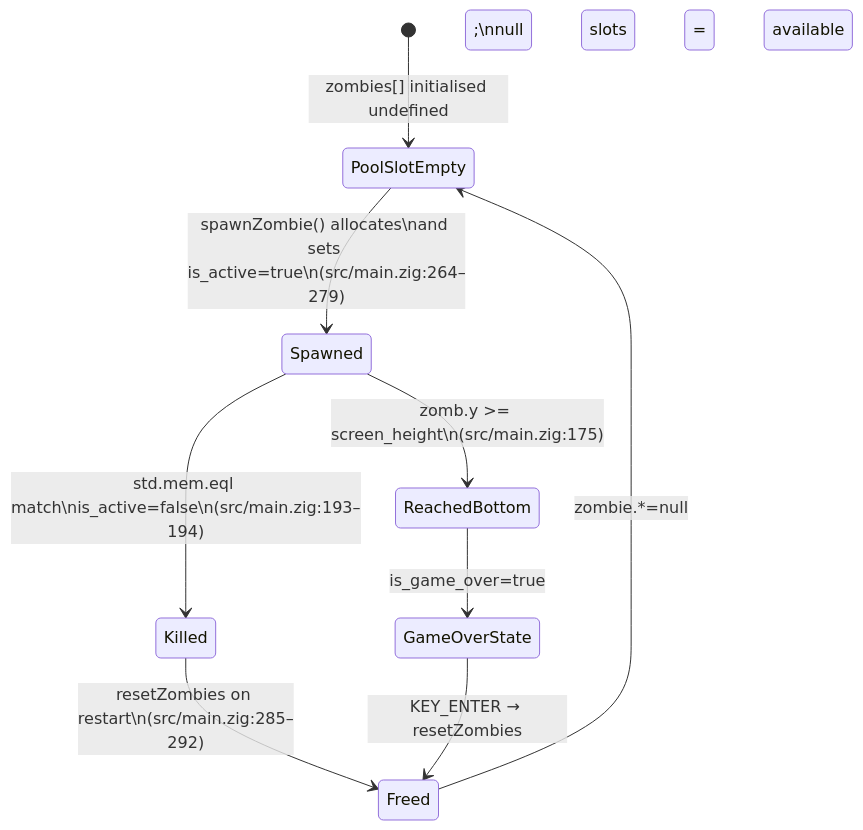
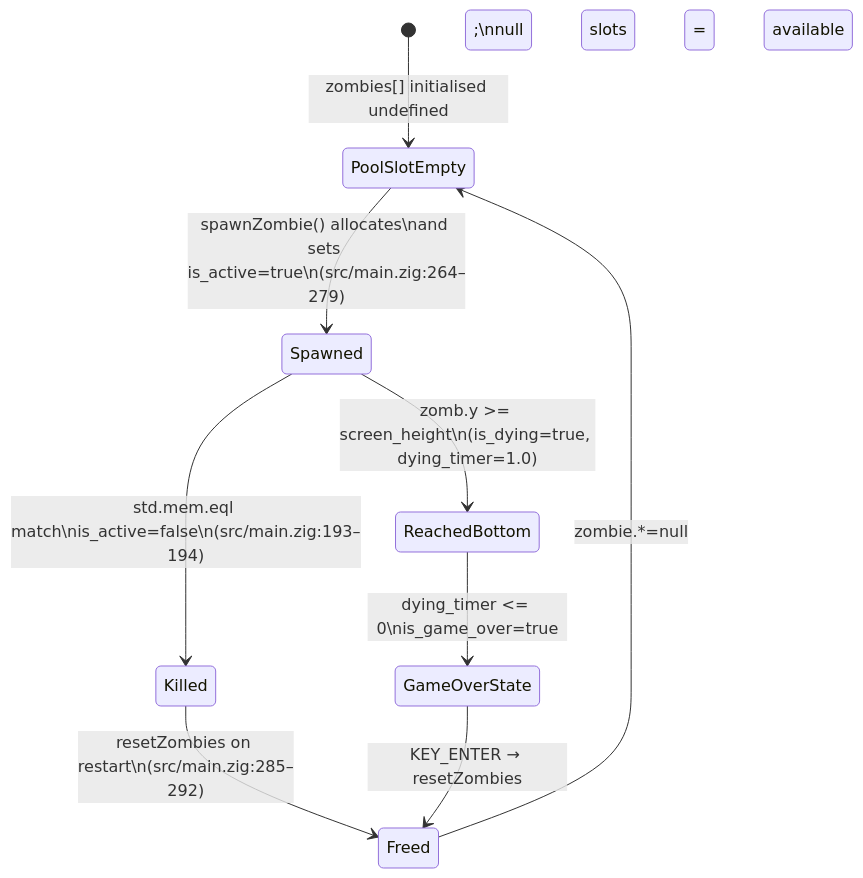
Before and after one commit to bfernandez31/death-note: the ninth of 10 diagrams in specs/specifications/features.md, drawn with Mermaid. The commit also changed other lines of this file and 3 other files, not shown here.

````diff
--- a/specs/specifications/features.md
+++ b/specs/specifications/features.md
@@ -840,11 +912,11 @@
 ```mermaid
 stateDiagram-v2
     [*] --> PoolSlotEmpty : zombies[] initialised undefined;\nnull slots = available
     PoolSlotEmpty --> Spawned : spawnZombie() allocates\nand sets is_active=true\n(src/main.zig:264–279)
     Spawned --> Killed : std.mem.eql match\nis_active=false\n(src/main.zig:193–194)
-    Spawned --> ReachedBottom : zomb.y >= screen_height\n(src/main.zig:175)
-    ReachedBottom --> GameOverState : is_game_over=true
+    Spawned --> ReachedBottom : zomb.y >= screen_height\n(is_dying=true, dying_timer=1.0)
+    ReachedBottom --> GameOverState : dying_timer <= 0\nis_game_over=true
     Killed --> Freed : resetZombies on restart\n(src/main.zig:285–292)
     Freed --> PoolSlotEmpty : zombie.*=null
     GameOverState --> Freed : KEY_ENTER → resetZombies
 ```
````
